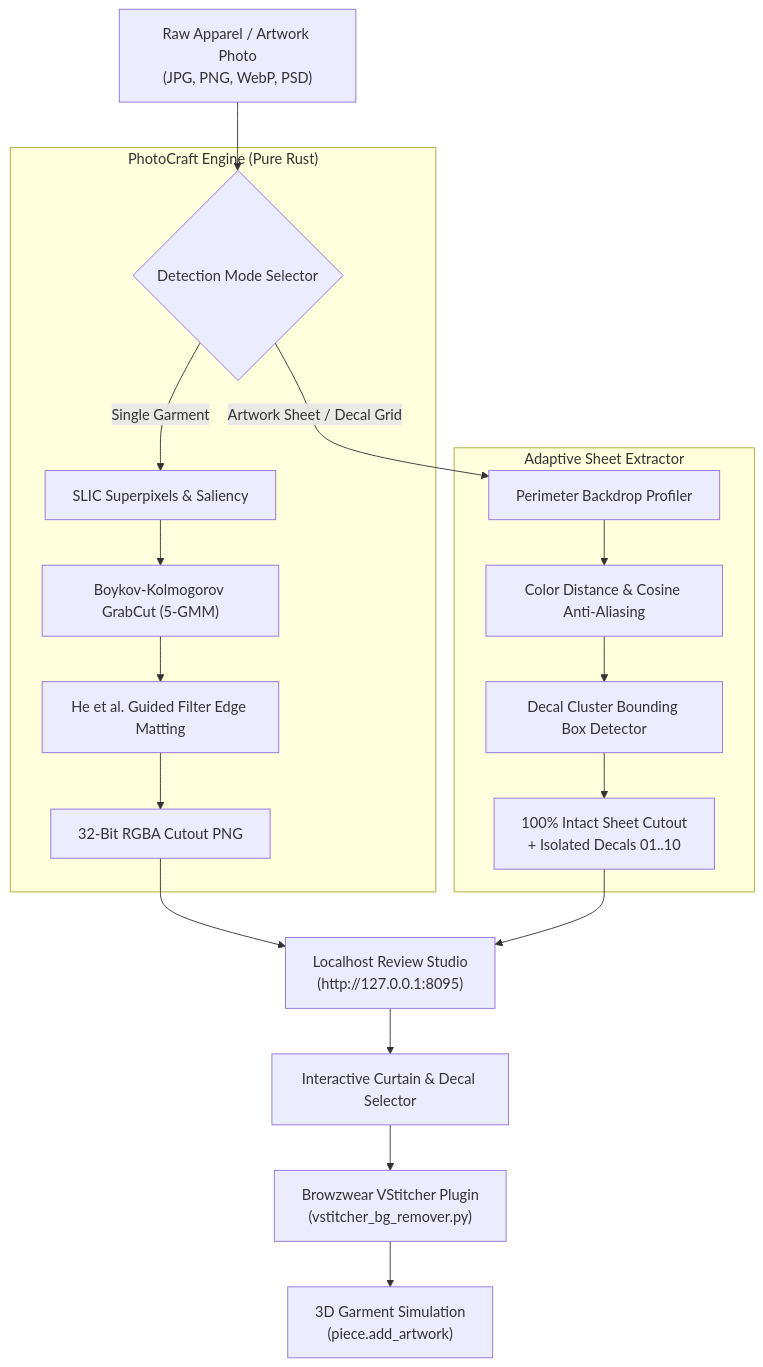
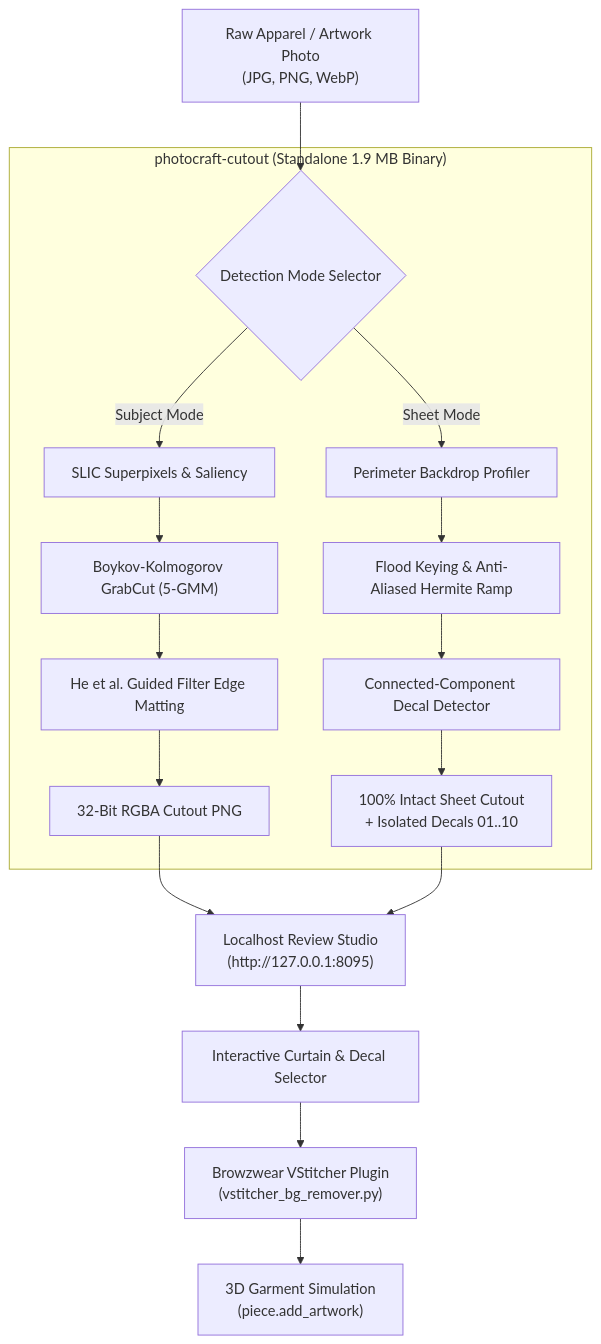
One commit to jagdishsethuraman/Background-Removal-PhotoCraft changed the diagram in README.md. Above: the diagram before and after it, drawn with Mermaid. The commit also changed other lines of this file and 7 other files, not shown here.

First line of the commit message:
feat(cutout): standalone photocraft-cutout binary

````diff
--- a/README.md
+++ b/README.md
@@ -21,25 +21,23 @@
 ```mermaid
 flowchart TD
-    A["Raw Apparel / Artwork Photo\n(JPG, PNG, WebP, PSD)"] --> B{"Detection Mode Selector"}
+    A["Raw Apparel / Artwork Photo\n(JPG, PNG, WebP)"] --> B{"Detection Mode Selector"}
     
-    subgraph Engine ["PhotoCraft Engine (Pure Rust)"]
-        B -->|Single Garment| C["SLIC Superpixels & Saliency"]
+    subgraph Cutout ["photocraft-cutout (Standalone 1.9 MB Binary)"]
+        B -->|Subject Mode| C["SLIC Superpixels & Saliency"]
         C --> D["Boykov-Kolmogorov GrabCut (5-GMM)"]
         D --> E["He et al. Guided Filter Edge Matting"]
         E --> F["32-Bit RGBA Cutout PNG"]
-    end
 
-    subgraph SheetEngine ["Adaptive Sheet Extractor"]
-        B -->|Artwork Sheet / Decal Grid| G["Perimeter Backdrop Profiler"]
-        G --> H["Color Distance & Cosine Anti-Aliasing"]
-        H --> I["Decal Cluster Bounding Box Detector"]
+        B -->|Sheet Mode| G["Perimeter Backdrop Profiler"]
+        G --> H["Flood Keying & Anti-Aliased Hermite Ramp"]
+        H --> I["Connected-Component Decal Detector"]
         I --> J["100% Intact Sheet Cutout\n+ Isolated Decals 01..10"]
     end
 
     F --> K["Localhost Review Studio\n(http://127.0.0.1:8095)"]
     J --> K
 
     K --> L["Interactive Curtain & Decal Selector"]
     L --> M["Browzwear VStitcher Plugin\n(vstitcher_bg_remover.py)"]
     M --> N["3D Garment Simulation\n(piece.add_artwork)"]
 ```
````
